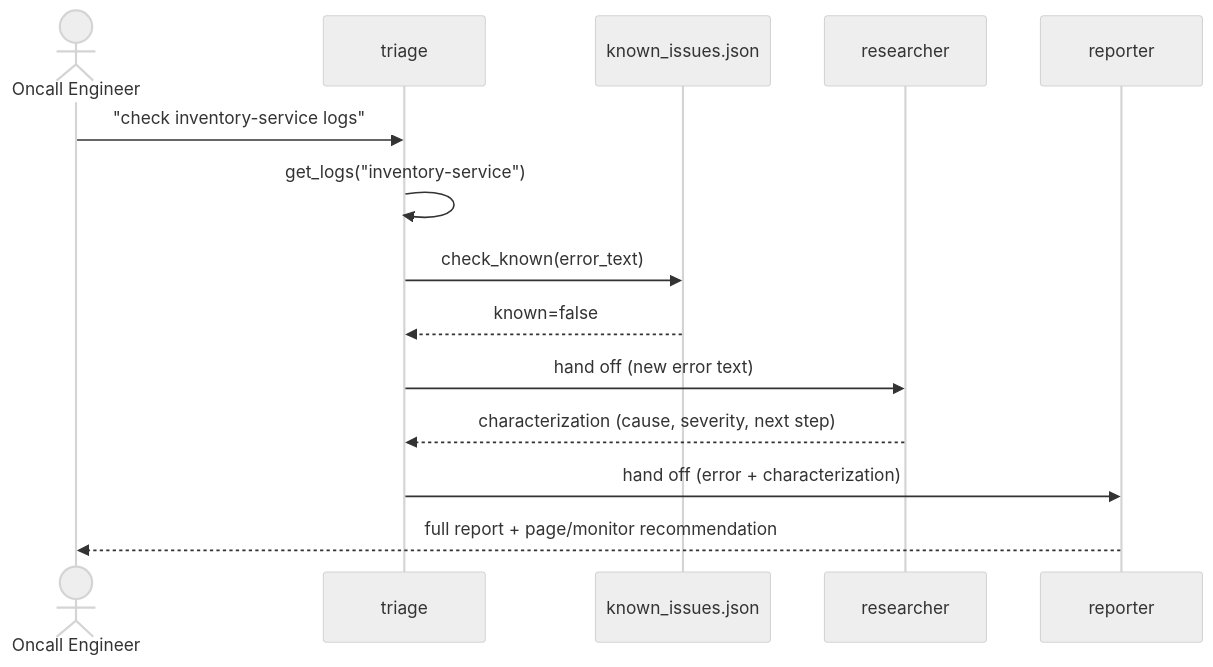
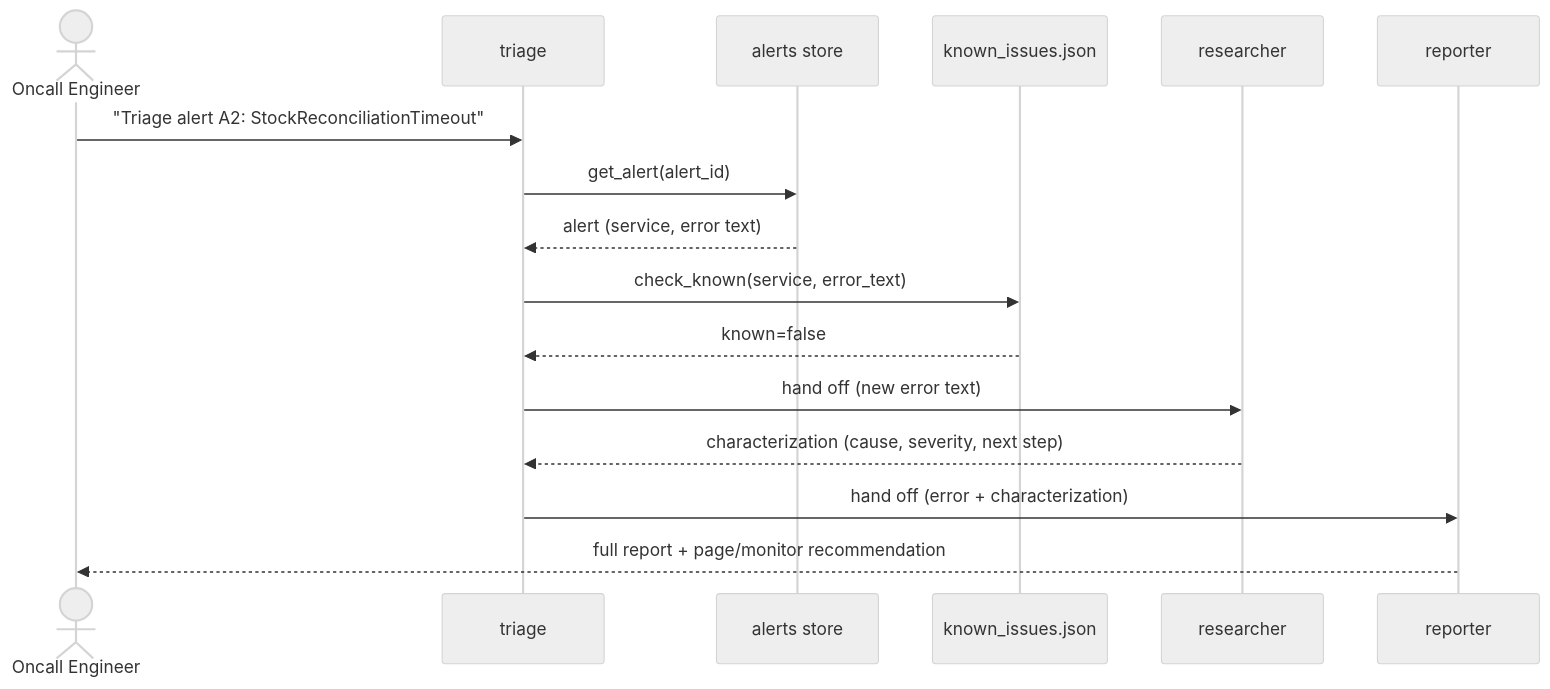
One commit to KucherenkoSerhiy/oncall-triage changed the second of 2 diagrams in docs/agent.md. Above: the diagram before and after it, drawn with Mermaid (neutral theme). The commit also changed other lines of this file and 25 other files, not shown here.

First line of the commit message:
feat(worker): M3a real triage worker - ADK roles on Claude via LiteLLM, store-backed tools, verdict contract, daily cap, container image (#15)

````diff
--- a/docs/agent.md
+++ b/docs/agent.md
@@ -59,17 +62,19 @@
 ```mermaid
 sequenceDiagram
     actor U as Oncall Engineer
     participant T as triage
+    participant A as alerts store
     participant S as known_issues.json
     participant Res as researcher
     participant R as reporter
 
-    U->>T: "check inventory-service logs"
-    T->>T: get_logs("inventory-service")
-    T->>S: check_known(error_text)
+    U->>T: "Triage alert A2: StockReconciliationTimeout"
+    T->>A: get_alert(alert_id)
+    A-->>T: alert (service, error text)
+    T->>S: check_known(service, error_text)
     S-->>T: known=false
     T->>Res: hand off (new error text)
     Res-->>T: characterization (cause, severity, next step)
     T->>R: hand off (error + characterization)
     R-->>U: full report + page/monitor recommendation
 ```
````
